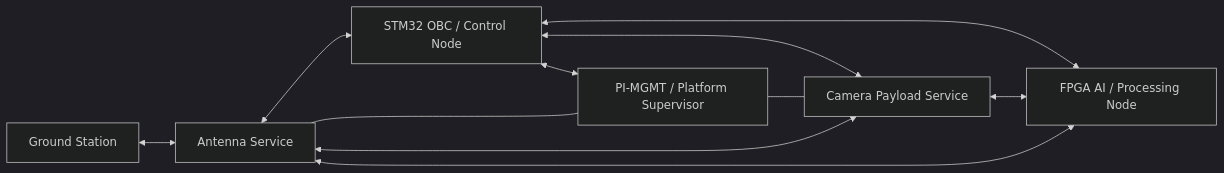
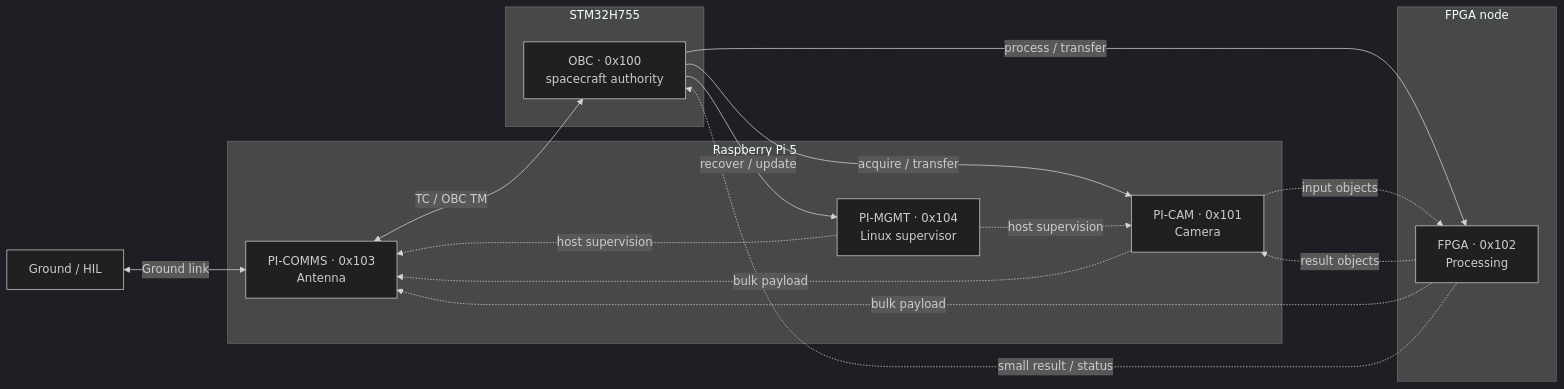
The second of 7 diagrams in docs/architecture.md (ExoSpaceLabs/exn), drawn with Mermaid (dark theme) before and after one commit. The commit also changed other lines of this file, not shown here.

Commit message:
docs(exn): replace architecture ASCII with grouped Mermaid diagrams

````diff
--- a/docs/architecture.md
+++ b/docs/architecture.md
@@ -45,20 +73,31 @@
 ```mermaid
-graph LR
-  GS[Ground Station]
-  OBC[STM32 OBC / Control Node]
-  CAM[Camera Payload Service]
-  ANT[Antenna Service]
-  PM[PI-MGMT / Platform Supervisor]
-  FPGA[FPGA AI / Processing Node]
+flowchart LR
+  GS["Ground / HIL"]
 
-  GS <--> ANT
-  ANT <--> OBC
-  OBC <--> CAM
-  OBC <--> PM
-  OBC <--> FPGA
-  PM --- CAM
-  PM --- ANT
-  CAM <--> FPGA
-  CAM <--> ANT
-  FPGA <--> ANT
+  subgraph STM["STM32H755"]
+    OBC["OBC · 0x100<br/>spacecraft authority"]
+  end
+
+  subgraph PI["Raspberry Pi 5"]
+    CAM["PI-CAM · 0x101<br/>Camera"]
+    ANT["PI-COMMS · 0x103<br/>Antenna"]
+    PM["PI-MGMT · 0x104<br/>Linux supervisor"]
+  end
+
+  subgraph ACC["FPGA node"]
+    FPGA["FPGA · 0x102<br/>Processing"]
+  end
+
+  GS <-->|"Ground link"| ANT
+  ANT <-->|"TC / OBC TM"| OBC
+  OBC -->|"acquire / transfer"| CAM
+  OBC -->|"process / transfer"| FPGA
+  OBC -->|"recover / update"| PM
+  CAM -.->|"input objects"| FPGA
+  FPGA -.->|"result objects"| CAM
+  CAM -.->|"bulk payload"| ANT
+  FPGA -.->|"bulk payload"| ANT
+  FPGA -.->|"small result / status"| OBC
+  PM -.->|"host supervision"| CAM
+  PM -.->|"host supervision"| ANT
 ```
````
